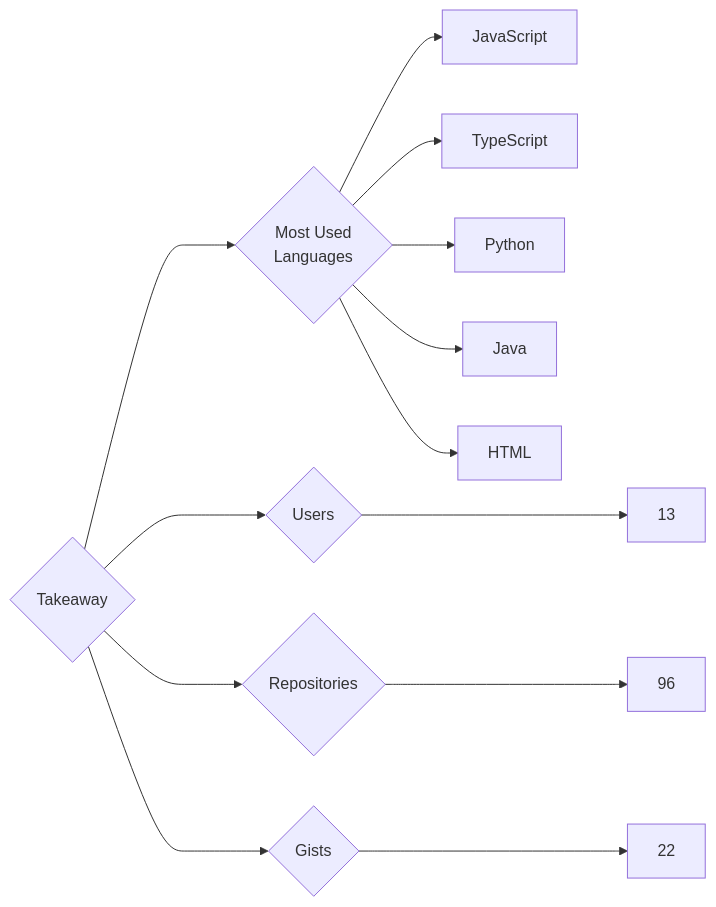
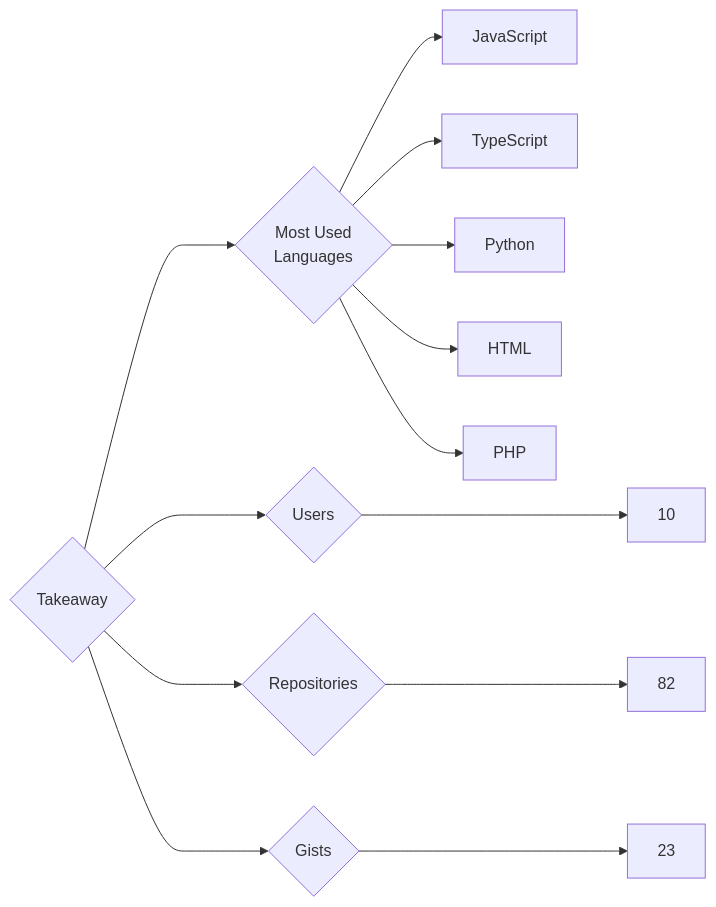
One commit to trickest/insiders changed the diagram in targets/Takeaway/README.md. Above: the diagram before and after it, drawn with Mermaid. The commit also changed 1479 other files, not shown here.

````diff
--- a/targets/Takeaway/README.md
+++ b/targets/Takeaway/README.md
@@ -3,13 +3,13 @@
 ```mermaid
 graph LR
 COMPANY_NAME{Takeaway}
-COMPANY_NAME ---> U{Users} ---> UN[13]
-COMPANY_NAME ---> R{Repositories} ---> RN[96]
-COMPANY_NAME ---> G{Gists} ---> GN[22]
+COMPANY_NAME ---> U{Users} ---> UN[10]
+COMPANY_NAME ---> R{Repositories} ---> RN[82]
+COMPANY_NAME ---> G{Gists} ---> GN[23]
 COMPANY_NAME ---> ML{Most Used<br>Languages}
 ML --> JavaScript[JavaScript]
 ML --> TypeScript[TypeScript]
 ML --> Python[Python]
-ML --> Java[Java]
 ML --> HTML[HTML]
+ML --> PHP[PHP]
 ```
````
